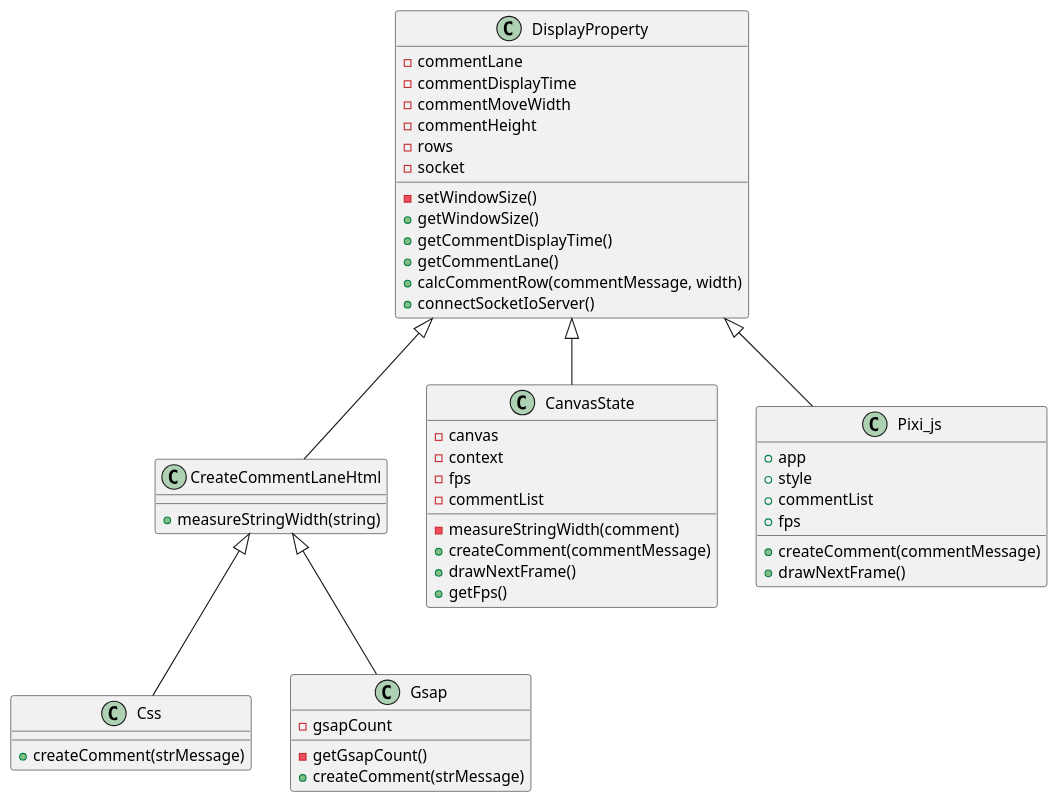
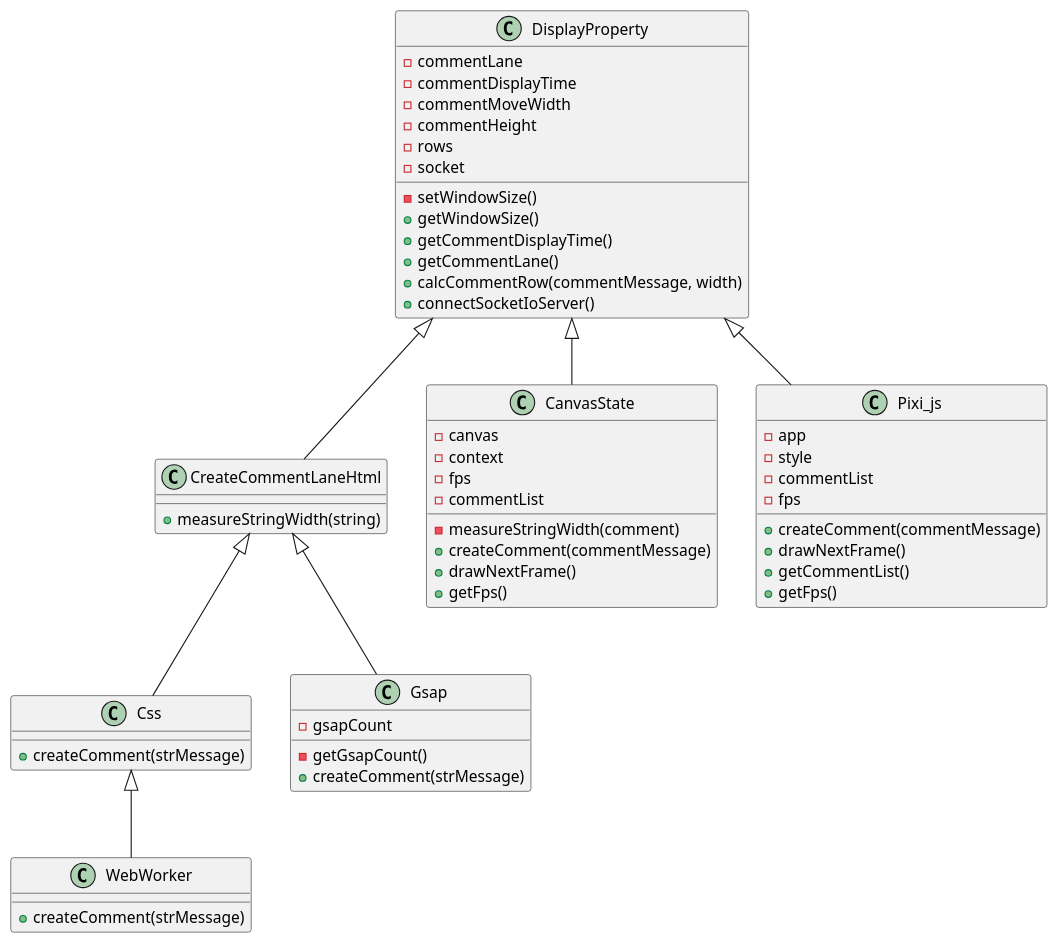
Before and after one commit to shigaresso/comment-flow-server: the diagram in ClassDiagram.pu, drawn with PlantUML. The commit also changed 10 other files, not shown here.

```diff
--- a/ClassDiagram.pu
+++ b/ClassDiagram.pu
@@ -1,61 +1,68 @@
 @startuml
 
 class DisplayProperty {
     -commentLane
     -commentDisplayTime
     -commentMoveWidth
     -commentHeight
     -rows
     -socket
 
     -setWindowSize()
     +getWindowSize()
     +getCommentDisplayTime()
     +getCommentLane()
     +calcCommentRow(commentMessage, width)
     +connectSocketIoServer()
 }
 
 class CreateCommentLaneHtml {
     +measureStringWidth(string)
 }
 
 class Css {
     +createComment(strMessage)
 }
 
 class Gsap {
     -gsapCount
 
     -getGsapCount()
     +createComment(strMessage)
 }
 
 class CanvasState {
     -canvas
     -context
     -fps
     -commentList
 
     -measureStringWidth(comment)
     +createComment(commentMessage)
     +drawNextFrame()
     +getFps()
 }
 
 class Pixi_js {
-    +app
-    +style
-    +commentList
-    +fps
+    -app
+    -style
+    -commentList
+    -fps
 
     +createComment(commentMessage)
     +drawNextFrame()
+    +getCommentList()
+    +getFps()
+}
+
+class WebWorker {
+    +createComment(strMessage)
 }
 
 DisplayProperty <|-- CreateCommentLaneHtml
 DisplayProperty <|-- CanvasState
 DisplayProperty <|-- Pixi_js
 CreateCommentLaneHtml <|-- Css
 CreateCommentLaneHtml <|-- Gsap
+Css <|-- WebWorker
 @enduml
```
